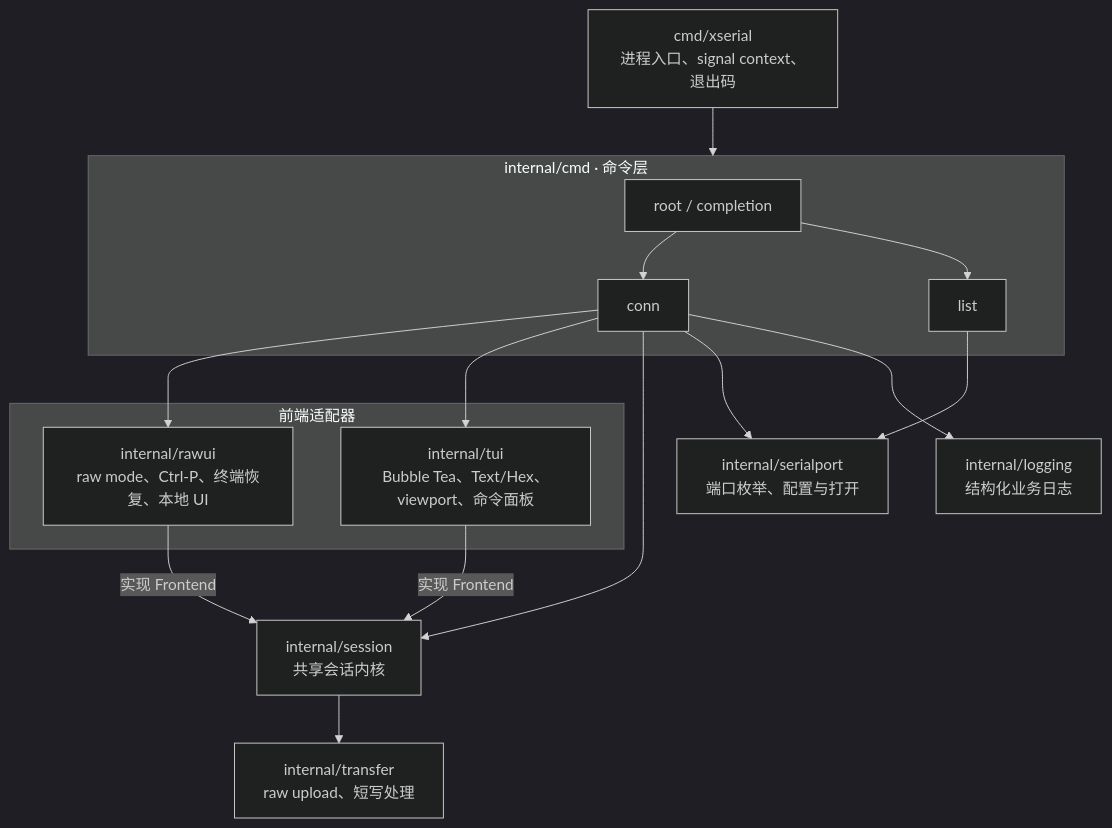
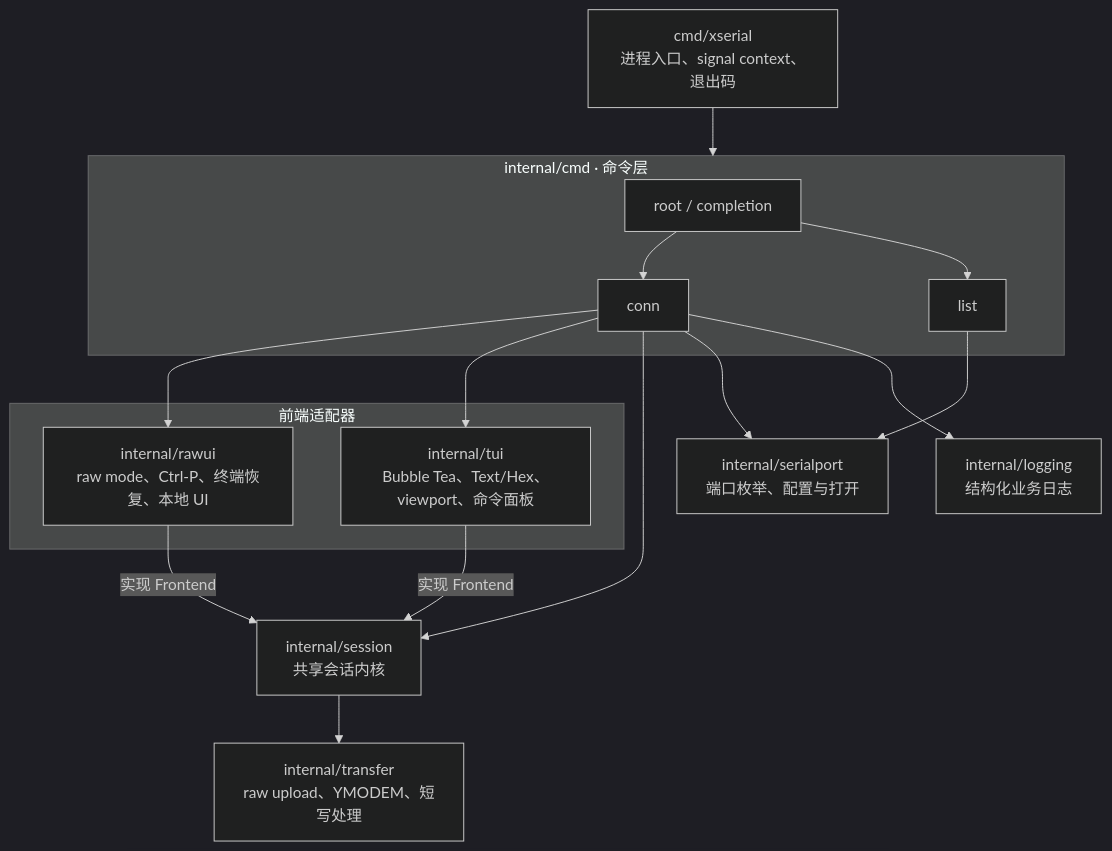
Before and after one commit to ZhiWei-Ou/xserial: the second of 11 diagrams in docs/architecture.md, drawn with Mermaid (dark theme). The commit also changed other lines of this file and 15 other files, not shown here.

Commit message:
feat(transfer): add single-file YMODEM support

````diff
--- a/docs/architecture.md
+++ b/docs/architecture.md
@@ -31,33 +31,33 @@
 ```mermaid
 flowchart TB
     Entry[cmd/xserial<br/>进程入口、signal context、退出码]
 
     subgraph CommandLayer[internal/cmd · 命令层]
         Root[root / completion]
         List[list]
         Conn[conn]
     end
 
     subgraph Frontends[前端适配器]
         Raw[internal/rawui<br/>raw mode、Ctrl-P、终端恢复、本地 UI]
         TUI[internal/tui<br/>Bubble Tea、Text/Hex、viewport、命令面板]
     end
 
     Session[internal/session<br/>共享会话内核]
-    Transfer[internal/transfer<br/>raw upload、短写处理]
+    Transfer[internal/transfer<br/>raw upload、YMODEM、短写处理]
     Serial[internal/serialport<br/>端口枚举、配置与打开]
     Logging[internal/logging<br/>结构化业务日志]
 
     Entry --> CommandLayer
     Root --> Conn
     Root --> List
     Conn --> Raw
     Conn --> TUI
     Conn --> Session
     Conn --> Serial
     Conn --> Logging
     List --> Serial
     Raw -->|实现 Frontend| Session
     TUI -->|实现 Frontend| Session
     Session --> Transfer
 ```
````
